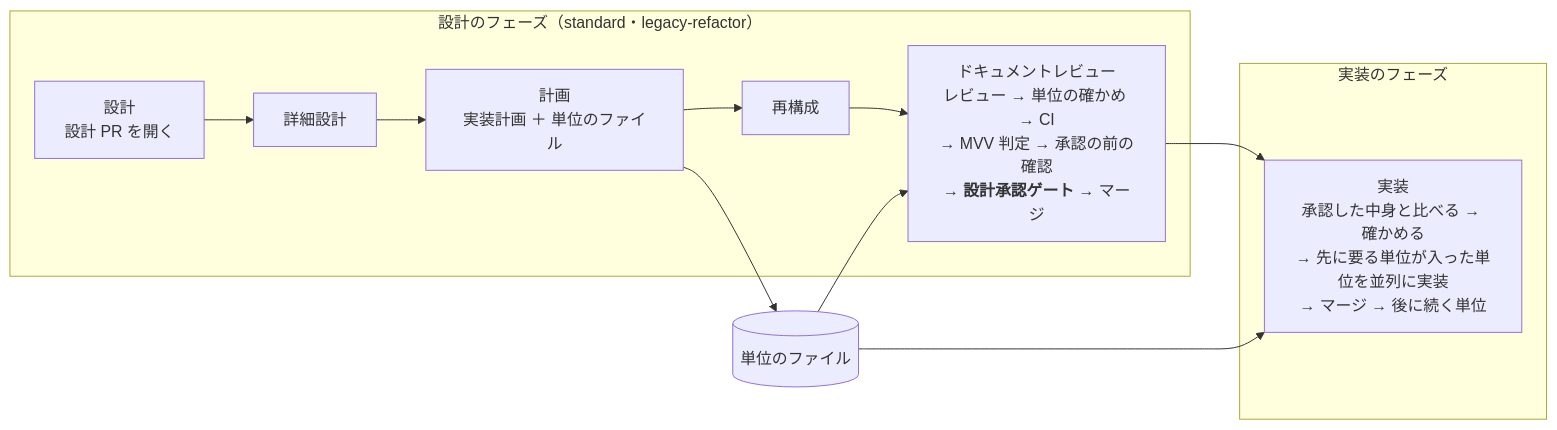
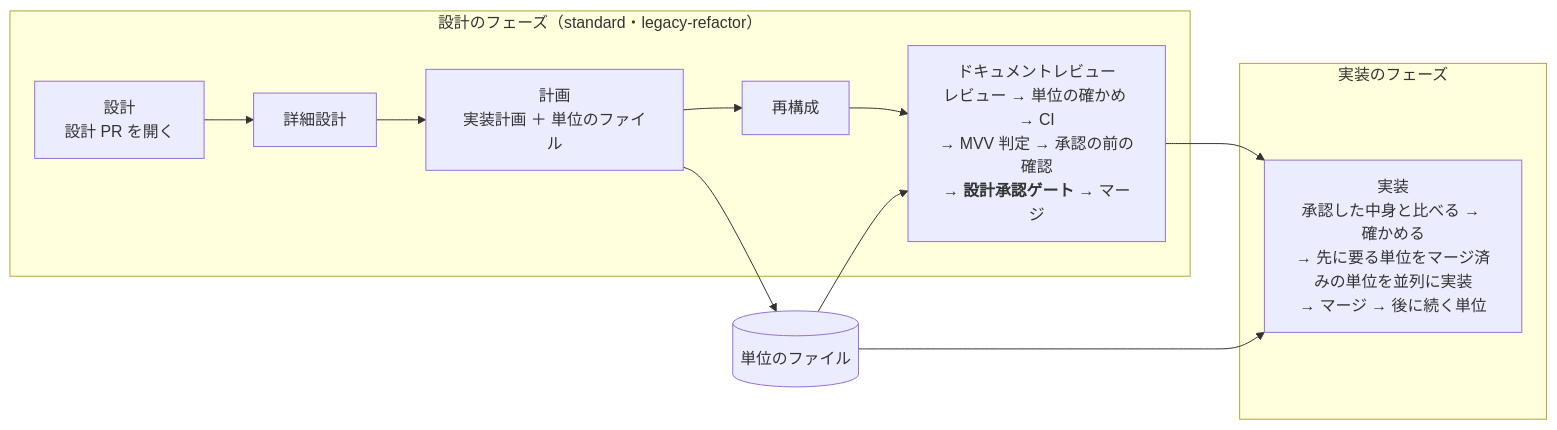
One commit to devbasex/ai-plugins changed the second of 4 diagrams in issues/issue-3702-design.md. Above: the diagram before and after it, drawn with Mermaid. The commit also changed other lines of this file and 1 other file, not shown here.

````diff
--- a/issues/issue-3702-design.md
+++ b/issues/issue-3702-design.md
@@ -58,14 +58,14 @@
 ```mermaid
 flowchart LR
   subgraph D["設計のフェーズ（standard・legacy-refactor）"]
     S["設計<br/>設計 PR を開く"] --> DD[詳細設計] --> P["計画<br/>実装計画 ＋ 単位のファイル"] --> RB[再構成] --> DR["ドキュメントレビュー<br/>レビュー → 単位の確かめ → CI<br/>→ MVV 判定 → 承認の前の確認<br/>→ <b>設計承認ゲート</b> → マージ"]
   end
   F[("単位のファイル")]
   subgraph I["実装のフェーズ"]
-    IM["実装<br/>承認した中身と比べる → 確かめる<br/>→ 先に要る単位が入った単位を並列に実装<br/>→ マージ → 後に続く単位"]
+    IM["実装<br/>承認した中身と比べる → 確かめる<br/>→ 先に要る単位をマージ済みの単位を並列に実装<br/>→ マージ → 後に続く単位"]
   end
   P --> F
   F --> DR
   F --> IM
   DR --> IM
 ```
````
